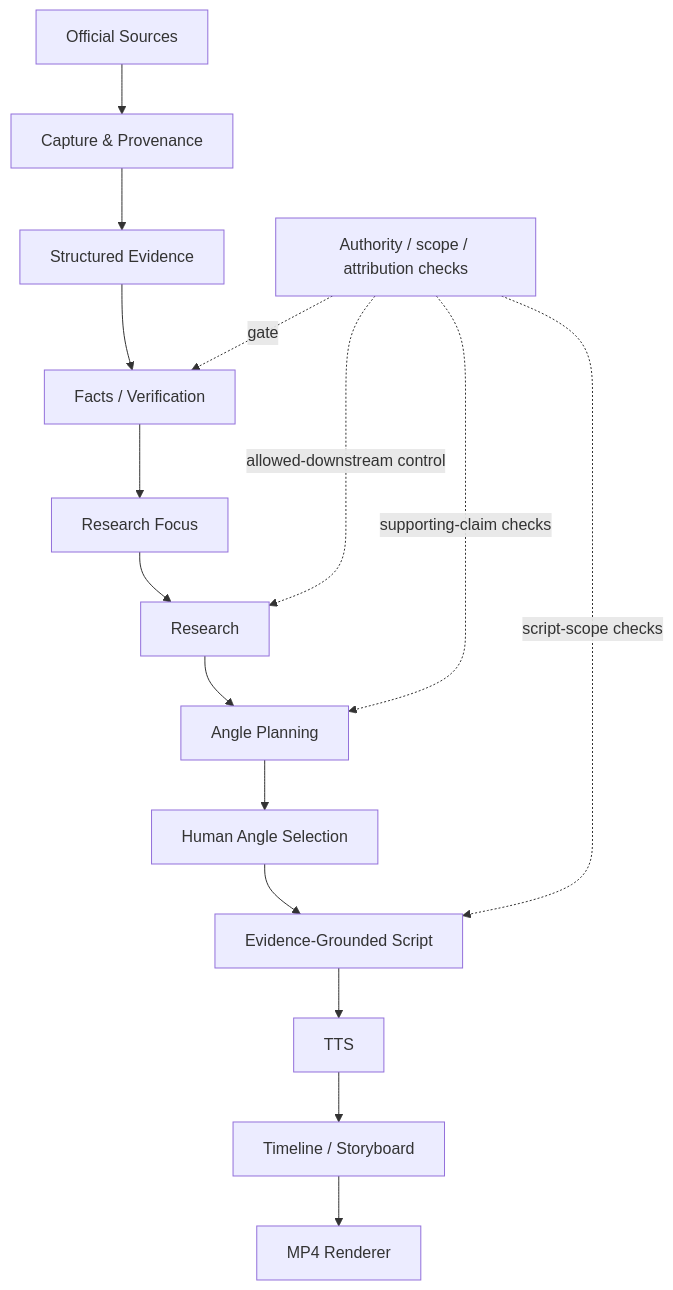
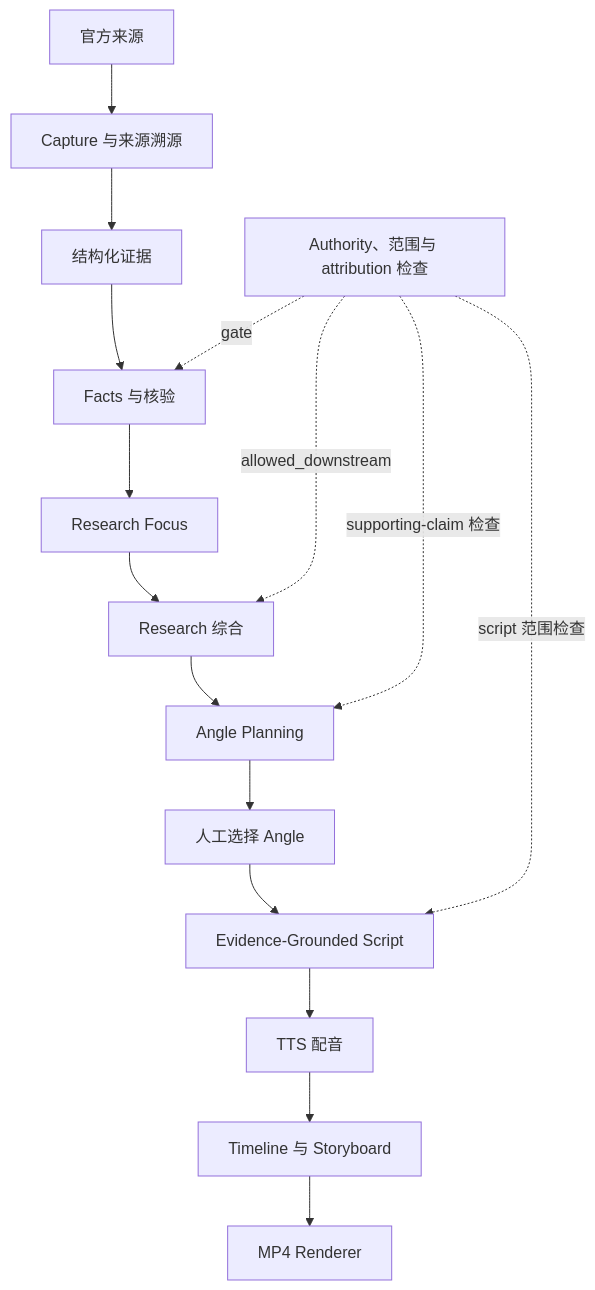
Before and after one commit to motty63-ctrl/fenglei-economy-content-engine: the diagram in README.md, drawn with Mermaid. The commit also changed other lines of this file, not shown here.

````diff
--- a/README.md
+++ b/README.md
@@ -21,19 +24,19 @@
 ```mermaid
 flowchart TD
-    A[Official Sources] --> B[Capture & Provenance]
-    B --> C[Structured Evidence]
-    C --> D[Facts / Verification]
+    A[官方来源] --> B[Capture 与来源溯源]
+    B --> C[结构化证据]
+    C --> D[Facts 与核验]
     D --> E[Research Focus]
-    E --> F[Research]
+    E --> F[Research 综合]
     F --> G[Angle Planning]
-    G --> H[Human Angle Selection]
+    G --> H[人工选择 Angle]
     H --> I[Evidence-Grounded Script]
-    I --> J[TTS]
-    J --> K[Timeline / Storyboard]
+    I --> J[TTS 配音]
+    J --> K[Timeline 与 Storyboard]
     K --> L[MP4 Renderer]
 
-    X[Authority / scope / attribution checks] -. gate .-> D
-    X -. allowed-downstream control .-> F
-    X -. supporting-claim checks .-> G
-    X -. script-scope checks .-> I
+    X[Authority、范围与 attribution 检查] -. gate .-> D
+    X -. allowed_downstream .-> F
+    X -. supporting-claim 检查 .-> G
+    X -. script 范围检查 .-> I
 ```
````
